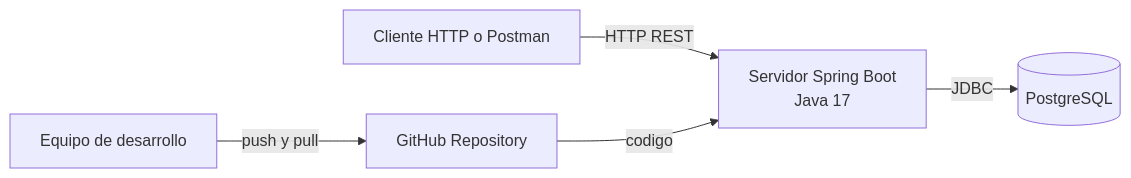
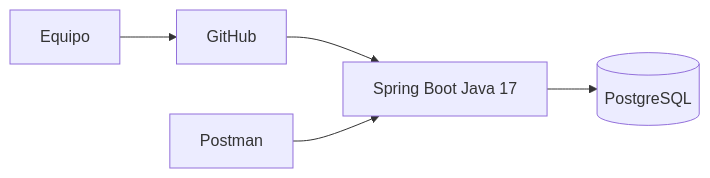
One commit to HectorARiascosI/musical-rent-api changed the ninth of 10 diagrams in PLAN_PROYECTO.md. Above: the diagram before and after it, drawn with Mermaid. The commit also changed other lines of this file, not shown here.

````diff
--- a/PLAN_PROYECTO.md
+++ b/PLAN_PROYECTO.md
@@ -2225,12 +863,7 @@
 ```mermaid
 flowchart LR
-  Browser[Cliente HTTP o Postman]
-  App[Servidor Spring Boot\nJava 17]
-  DB[(PostgreSQL)]
-  Repo[GitHub Repository]
-
-  Browser -->|HTTP REST| App
-  App -->|JDBC| DB
-  Developer[Equipo de desarrollo] -->|push y pull| Repo
-  Repo -->|codigo| App
+    Dev[Equipo] --> Git[GitHub]
+    Git --> App[Spring Boot Java 17]
+    App --> DB[(PostgreSQL)]
+    Postman[Postman] --> App
 ```
````
